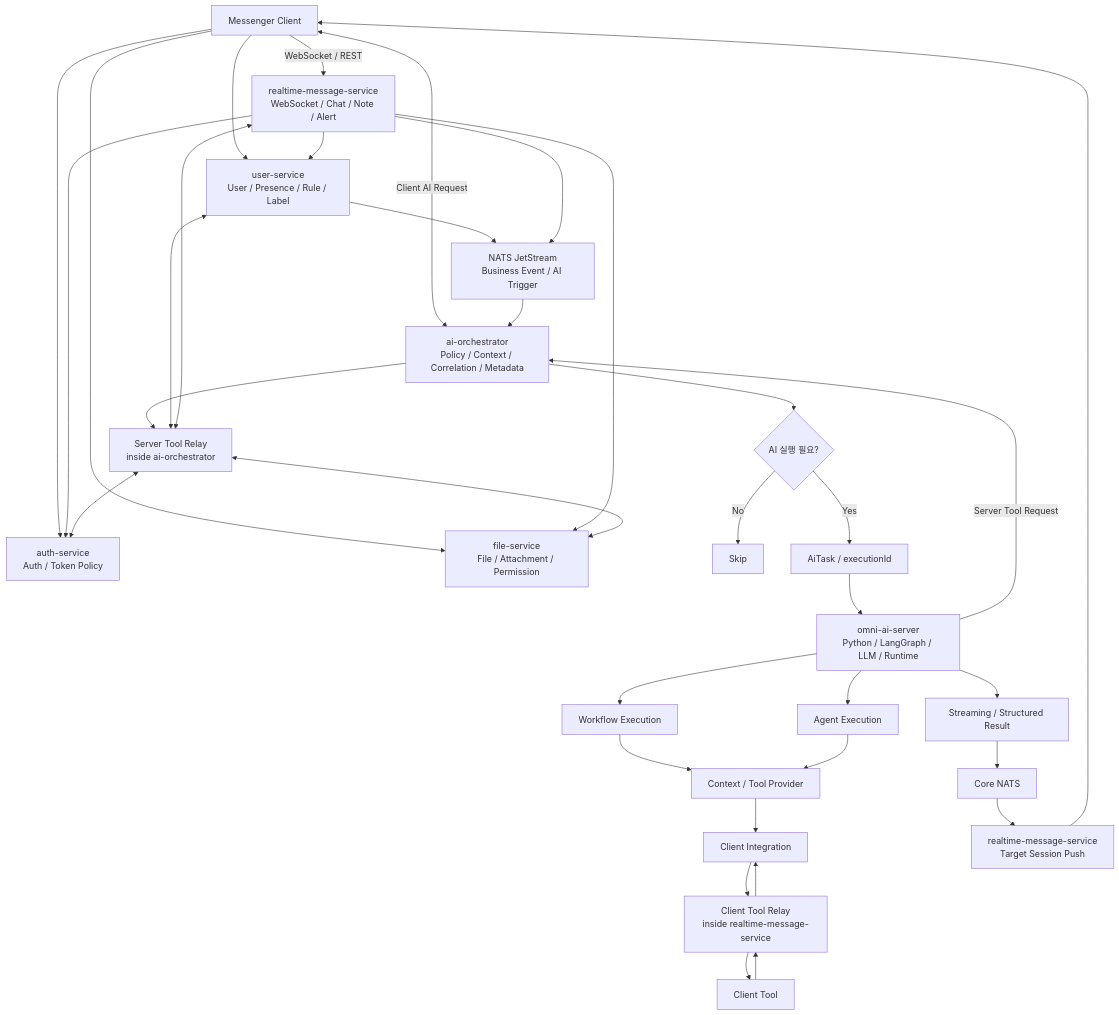
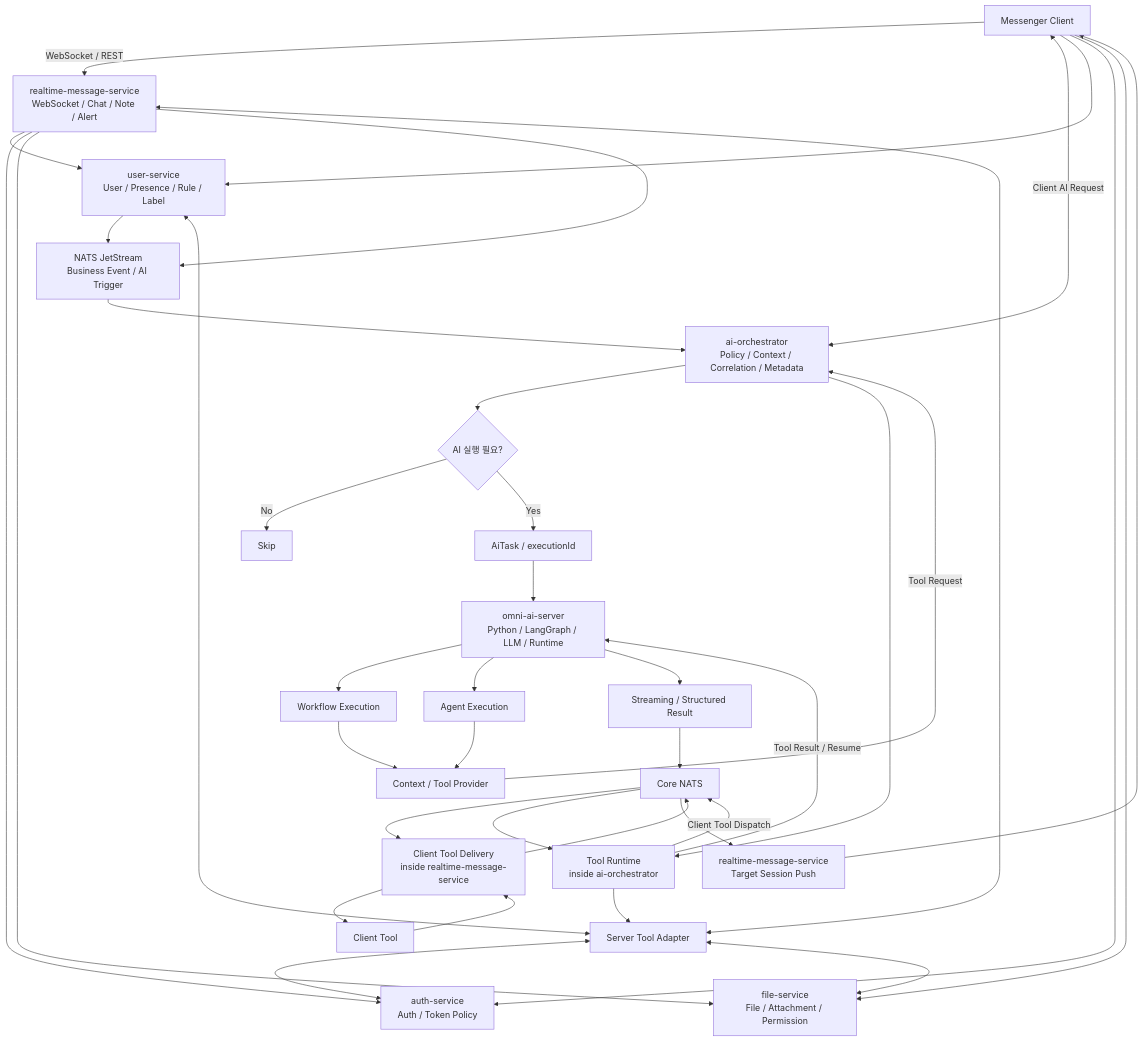
Before and after one commit to kipo3195/omni-ai-architecture: the diagram in docs/architecture.md, drawn with Mermaid. The commit also changed other lines of this file and 9 other files, not shown here.

Commit message:
docs: Tool Runtime 중심의 툴 호출 구조로 아키텍처 문서 정리

````diff
--- a/docs/architecture.md
+++ b/docs/architecture.md
@@ -21,44 +21,45 @@
 ```mermaid
 flowchart TD
     A[Messenger Client] -->|WebSocket / REST| B[realtime-message-service<br/>WebSocket / Chat / Note / Alert]
     A <-->|Client AI Request| G[ai-orchestrator<br/>Policy / Context / Correlation / Metadata]
     A --> C[user-service<br/>User / Presence / Rule / Label]
     A --> D[auth-service<br/>Auth / Token Policy]
     A --> E[file-service<br/>File / Attachment / Permission]
 
     B --> C[user-service<br/>User / Presence / Rule / Label]
     B --> D[auth-service<br/>Auth / Token Policy]
     B --> E[file-service<br/>File / Attachment / Permission]
 
     C --> F[NATS JetStream<br/>Business Event / AI Trigger]
     B --> F
     F --> G
 
     G --> H{AI 실행 필요?}
     H -- No --> I[Skip]
     H -- Yes --> J[AiTask / executionId]
     J --> K[omni-ai-server<br/>Python / LangGraph / LLM / Runtime]
 
-    K -->|Server Tool Request| G
-    G --> O[Server Tool Relay<br/>inside ai-orchestrator]
-    O <--> C
-    O <--> D
-    O <--> E
-    O <--> B
-
     K --> L[Workflow Execution]
     K --> M[Agent Execution]
     L --> N[Context / Tool Provider]
     M --> N
-    N --> P[Client Integration]
-
-    P --> Q[Client Tool Relay<br/>inside realtime-message-service]
+    N -->|Tool Request| G
+    G --> O[Tool Runtime<br/>inside ai-orchestrator]
+    O --> V[Server Tool Adapter]
+    V <--> C
+    V <--> D
+    V <--> E
+    V <--> B
+    O -->|Client Tool Dispatch| T[Core NATS]
+    T --> Q[Client Tool Delivery<br/>inside realtime-message-service]
     Q --> R[Client Tool]
     R --> Q
-    Q --> P
+    Q --> T
+    T --> O
+    O -->|Tool Result / Resume| K
 
     K --> S[Streaming / Structured Result]
-    S --> T[Core NATS]
+    S --> T
     T --> U[realtime-message-service<br/>Target Session Push]
     U --> A
 ```
````
